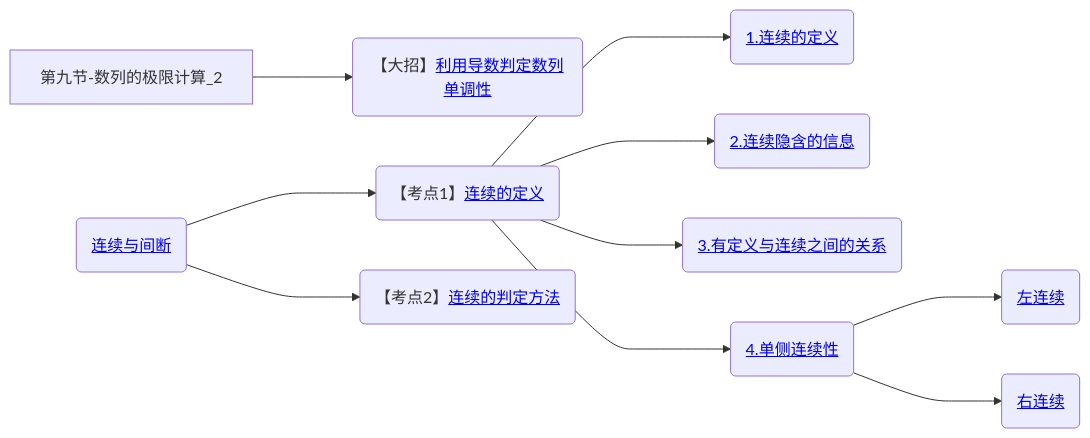
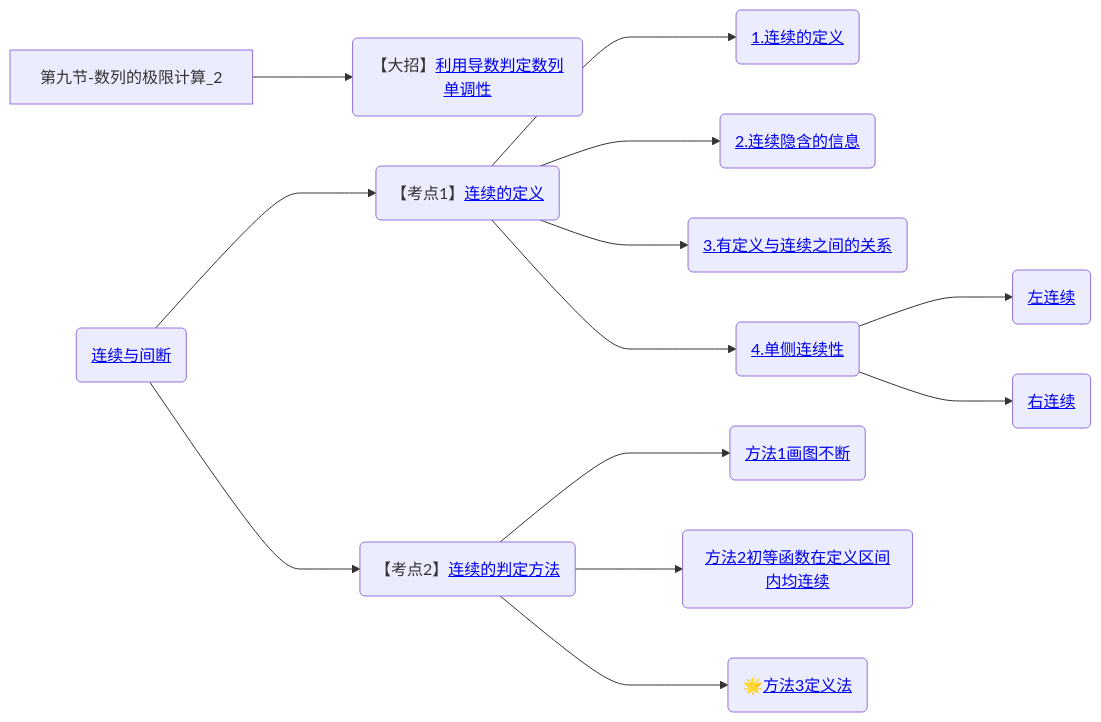
One commit to yuebinghui/note changed the ninth of 9 diagrams in 笔记/数学/周洋鑫/01.基础班思维导图.md. Above: the diagram before and after it, drawn with Mermaid. The commit also changed 4 other files, not shown here.

````diff
--- a/笔记/数学/周洋鑫/01.基础班思维导图.md
+++ b/笔记/数学/周洋鑫/01.基础班思维导图.md
@@ -352,17 +352,20 @@
 ```mermaid
 graph LR
 第九节-数列的极限计算_2
 
 第九节-数列的极限计算_2--->利用导数判定数列单调性(【大招】<a href="/Users/yuebinghui/Documents/program/github/note/笔记/数学/周洋鑫/基础班/09.数列的极限计算_2.md#利用导数判定数列单调性">利用导数判定数列单调性</>)
 
 连续与间断(<a href="/Users/yuebinghui/Documents/program/github/note/笔记/数学/周洋鑫/基础班/09.数列的极限计算_2.md#连续与间断">连续与间断</>)
 连续与间断--->连续的定义(【考点1】<a href="/Users/yuebinghui/Documents/program/github/note/笔记/数学/周洋鑫/基础班/09.数列的极限计算_2.md#连续的定义">连续的定义</>)
 连续的定义--->1.连续的定义(<a href="/Users/yuebinghui/Documents/program/github/note/笔记/数学/周洋鑫/基础班/09.数列的极限计算_2.md#1.连续的定义">1.连续的定义</>)
 连续的定义--->2.连续隐含的信息(<a href="/Users/yuebinghui/Documents/program/github/note/笔记/数学/周洋鑫/基础班/09.数列的极限计算_2.md#2.连续隐含的信息">2.连续隐含的信息</>)
 连续的定义--->3.有定义与连续之间的关系(<a href="/Users/yuebinghui/Documents/program/github/note/笔记/数学/周洋鑫/基础班/09.数列的极限计算_2.md#3.有定义与连续之间的关系">3.有定义与连续之间的关系</>)
 连续的定义--->4.单侧连续性(<a href="/Users/yuebinghui/Documents/program/github/note/笔记/数学/周洋鑫/基础班/09.数列的极限计算_2.md#4.单侧连续性">4.单侧连续性</>)
 4.单侧连续性--->左连续(<a href="/Users/yuebinghui/Documents/program/github/note/笔记/数学/周洋鑫/基础班/09.数列的极限计算_2.md#左连续">左连续</>)
 4.单侧连续性--->右连续(<a href="/Users/yuebinghui/Documents/program/github/note/笔记/数学/周洋鑫/基础班/09.数列的极限计算_2.md#右连续">右连续</>)
 
 连续与间断--->连续的判定方法(【考点2】<a href="/Users/yuebinghui/Documents/program/github/note/笔记/数学/周洋鑫/基础班/09.数列的极限计算_2.md#连续的判定方法">连续的判定方法</>)
+连续的判定方法--->方法1画图不断(<a href="/Users/yuebinghui/Documents/program/github/note/笔记/数学/周洋鑫/基础班/09.数列的极限计算_2.md#方法1画图不断">方法1画图不断</>)
+连续的判定方法--->方法2初等函数在定义区间内均连续(<a href="/Users/yuebinghui/Documents/program/github/note/笔记/数学/周洋鑫/基础班/09.数列的极限计算_2.md#方法2初等函数在定义区间内均连续">方法2初等函数在定义区间内均连续</>)
+连续的判定方法--->方法3定义法(🌟<a href="/Users/yuebinghui/Documents/program/github/note/笔记/数学/周洋鑫/基础班/09.数列的极限计算_2.md#方法3定义法">方法3定义法</>)
 ```
````
